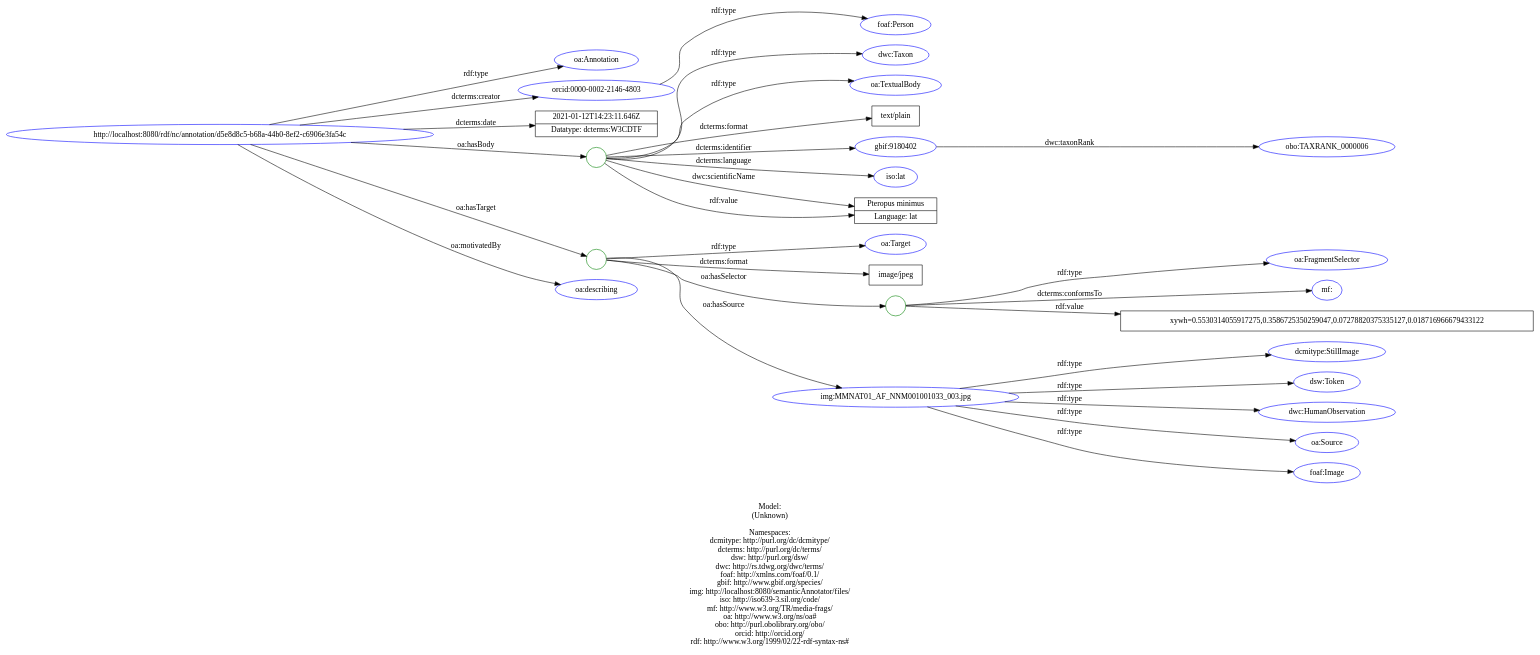
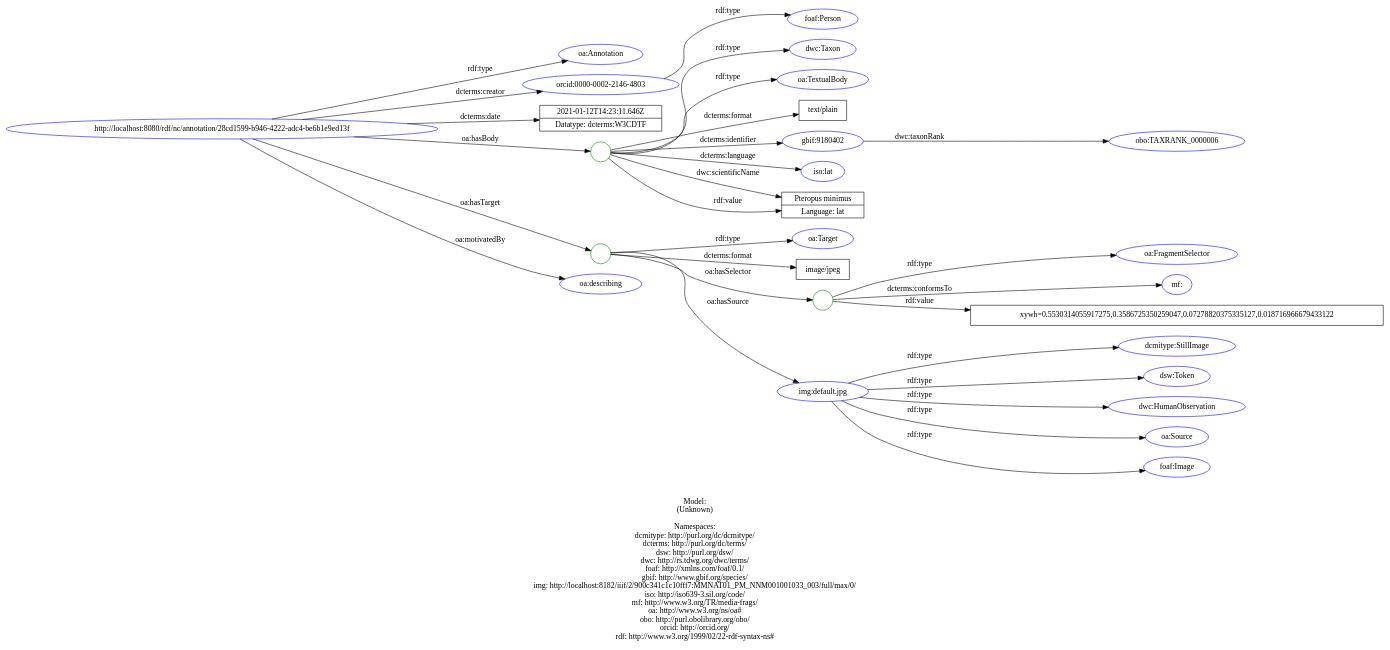
One commit to lisestork/SFB-Annotator changed the diagram in doc/models/example_1_1.dot. Above: the diagram before and after it, drawn with Graphviz. The commit also changed 23 other files, not shown here.

Commit message:
Update RDF graphs & SVG plots.

```diff
--- a/doc/models/example_1_1.dot
+++ b/doc/models/example_1_1.dot
@@ -1,67 +1,67 @@
 digraph {
 	rankdir = LR;
 	charset="utf-8";
 
-	"Rhttp://localhost:8080/rdf/nc/annotation/d5e8d8c5-b68a-44b0-8ef2-c6906e3fa54c" -> "Roa:Annotation" [ label="rdf:type" ];
-	"Rhttp://localhost:8080/rdf/nc/annotation/d5e8d8c5-b68a-44b0-8ef2-c6906e3fa54c" -> "Rorcid:0000-0002-2146-4803" [ label="dcterms:creator" ];
-	"Rhttp://localhost:8080/rdf/nc/annotation/d5e8d8c5-b68a-44b0-8ef2-c6906e3fa54c" -> "L2021-01-12T14:23:11.646Z|Datatype: dcterms:W3CDTF" [ label="dcterms:date" ];
-	"Rhttp://localhost:8080/rdf/nc/annotation/d5e8d8c5-b68a-44b0-8ef2-c6906e3fa54c" -> "B_:node1f0go8rutx2" [ label="oa:hasBody" ];
-	"B_:node1f0go8rutx2" -> "Rdwc:Taxon" [ label="rdf:type" ];
-	"B_:node1f0go8rutx2" -> "Roa:TextualBody" [ label="rdf:type" ];
-	"B_:node1f0go8rutx2" -> "Ltext/plain" [ label="dcterms:format" ];
-	"B_:node1f0go8rutx2" -> "Rgbif:9180402" [ label="dcterms:identifier" ];
-	"B_:node1f0go8rutx2" -> "Riso:lat" [ label="dcterms:language" ];
-	"B_:node1f0go8rutx2" -> "LPteropus minimus|Language: lat" [ label="dwc:scientificName" ];
-	"B_:node1f0go8rutx2" -> "LPteropus minimus|Language: lat" [ label="rdf:value" ];
-	"Rhttp://localhost:8080/rdf/nc/annotation/d5e8d8c5-b68a-44b0-8ef2-c6906e3fa54c" -> "B_:node1f0go8rutx1" [ label="oa:hasTarget" ];
-	"B_:node1f0go8rutx1" -> "Roa:Target" [ label="rdf:type" ];
-	"B_:node1f0go8rutx1" -> "Limage/jpeg" [ label="dcterms:format" ];
-	"B_:node1f0go8rutx1" -> "B_:node1f0go8rutx4" [ label="oa:hasSelector" ];
-	"B_:node1f0go8rutx4" -> "Roa:FragmentSelector" [ label="rdf:type" ];
-	"B_:node1f0go8rutx4" -> "Rmf:" [ label="dcterms:conformsTo" ];
-	"B_:node1f0go8rutx4" -> "Lxywh=0.5530314055917275,0.3586725350259047,0.07278820375335127,0.018716966679433122" [ label="rdf:value" ];
-	"B_:node1f0go8rutx1" -> "Rimg:MMNAT01_AF_NNM001001033_003.jpg" [ label="oa:hasSource" ];
-	"Rhttp://localhost:8080/rdf/nc/annotation/d5e8d8c5-b68a-44b0-8ef2-c6906e3fa54c" -> "Roa:describing" [ label="oa:motivatedBy" ];
+	"Rhttp://localhost:8080/rdf/nc/annotation/28cd1599-b946-4222-adc4-be6b1e9ed13f" -> "Roa:Annotation" [ label="rdf:type" ];
+	"Rhttp://localhost:8080/rdf/nc/annotation/28cd1599-b946-4222-adc4-be6b1e9ed13f" -> "Rorcid:0000-0002-2146-4803" [ label="dcterms:creator" ];
+	"Rhttp://localhost:8080/rdf/nc/annotation/28cd1599-b946-4222-adc4-be6b1e9ed13f" -> "L2021-01-12T14:23:11.646Z|Datatype: dcterms:W3CDTF" [ label="dcterms:date" ];
+	"Rhttp://localhost:8080/rdf/nc/annotation/28cd1599-b946-4222-adc4-be6b1e9ed13f" -> "B_:node1f0gq2gelx45" [ label="oa:hasBody" ];
+	"B_:node1f0gq2gelx45" -> "Rdwc:Taxon" [ label="rdf:type" ];
+	"B_:node1f0gq2gelx45" -> "Roa:TextualBody" [ label="rdf:type" ];
+	"B_:node1f0gq2gelx45" -> "Ltext/plain" [ label="dcterms:format" ];
+	"B_:node1f0gq2gelx45" -> "Rgbif:9180402" [ label="dcterms:identifier" ];
+	"B_:node1f0gq2gelx45" -> "Riso:lat" [ label="dcterms:language" ];
+	"B_:node1f0gq2gelx45" -> "LPteropus minimus|Language: lat" [ label="dwc:scientificName" ];
+	"B_:node1f0gq2gelx45" -> "LPteropus minimus|Language: lat" [ label="rdf:value" ];
+	"Rhttp://localhost:8080/rdf/nc/annotation/28cd1599-b946-4222-adc4-be6b1e9ed13f" -> "B_:node1f0gq2gelx44" [ label="oa:hasTarget" ];
+	"B_:node1f0gq2gelx44" -> "Roa:Target" [ label="rdf:type" ];
+	"B_:node1f0gq2gelx44" -> "Limage/jpeg" [ label="dcterms:format" ];
+	"B_:node1f0gq2gelx44" -> "B_:node1f0gq2gelx47" [ label="oa:hasSelector" ];
+	"B_:node1f0gq2gelx47" -> "Roa:FragmentSelector" [ label="rdf:type" ];
+	"B_:node1f0gq2gelx47" -> "Rmf:" [ label="dcterms:conformsTo" ];
+	"B_:node1f0gq2gelx47" -> "Lxywh=0.5530314055917275,0.3586725350259047,0.07278820375335127,0.018716966679433122" [ label="rdf:value" ];
+	"B_:node1f0gq2gelx44" -> "Rimg:default.jpg" [ label="oa:hasSource" ];
+	"Rhttp://localhost:8080/rdf/nc/annotation/28cd1599-b946-4222-adc4-be6b1e9ed13f" -> "Roa:describing" [ label="oa:motivatedBy" ];
 	"Rorcid:0000-0002-2146-4803" -> "Rfoaf:Person" [ label="rdf:type" ];
-	"Rimg:MMNAT01_AF_NNM001001033_003.jpg" -> "Rdcmitype:StillImage" [ label="rdf:type" ];
-	"Rimg:MMNAT01_AF_NNM001001033_003.jpg" -> "Rdsw:Token" [ label="rdf:type" ];
-	"Rimg:MMNAT01_AF_NNM001001033_003.jpg" -> "Rdwc:HumanObservation" [ label="rdf:type" ];
-	"Rimg:MMNAT01_AF_NNM001001033_003.jpg" -> "Roa:Source" [ label="rdf:type" ];
-	"Rimg:MMNAT01_AF_NNM001001033_003.jpg" -> "Rfoaf:Image" [ label="rdf:type" ];
+	"Rimg:default.jpg" -> "Rdcmitype:StillImage" [ label="rdf:type" ];
+	"Rimg:default.jpg" -> "Rdsw:Token" [ label="rdf:type" ];
+	"Rimg:default.jpg" -> "Rdwc:HumanObservation" [ label="rdf:type" ];
+	"Rimg:default.jpg" -> "Roa:Source" [ label="rdf:type" ];
+	"Rimg:default.jpg" -> "Rfoaf:Image" [ label="rdf:type" ];
 	"Rgbif:9180402" -> "Robo:TAXRANK_0000006" [ label="dwc:taxonRank" ];
 
 	// Resources
-	"Rhttp://localhost:8080/rdf/nc/annotation/d5e8d8c5-b68a-44b0-8ef2-c6906e3fa54c" [ label="http://localhost:8080/rdf/nc/annotation/d5e8d8c5-b68a-44b0-8ef2-c6906e3fa54c", shape = ellipse, color = blue ];
+	"Rhttp://localhost:8080/rdf/nc/annotation/28cd1599-b946-4222-adc4-be6b1e9ed13f" [ label="http://localhost:8080/rdf/nc/annotation/28cd1599-b946-4222-adc4-be6b1e9ed13f", shape = ellipse, color = blue ];
 	"Roa:Annotation" [ label="oa:Annotation", shape = ellipse, color = blue ];
 	"Rorcid:0000-0002-2146-4803" [ label="orcid:0000-0002-2146-4803", shape = ellipse, color = blue ];
 	"Rdwc:Taxon" [ label="dwc:Taxon", shape = ellipse, color = blue ];
 	"Roa:TextualBody" [ label="oa:TextualBody", shape = ellipse, color = blue ];
 	"Rgbif:9180402" [ label="gbif:9180402", shape = ellipse, color = blue ];
 	"Riso:lat" [ label="iso:lat", shape = ellipse, color = blue ];
 	"Roa:Target" [ label="oa:Target", shape = ellipse, color = blue ];
 	"Roa:FragmentSelector" [ label="oa:FragmentSelector", shape = ellipse, color = blue ];
 	"Rmf:" [ label="mf:", shape = ellipse, color = blue ];
-	"Rimg:MMNAT01_AF_NNM001001033_003.jpg" [ label="img:MMNAT01_AF_NNM001001033_003.jpg", shape = ellipse, color = blue ];
+	"Rimg:default.jpg" [ label="img:default.jpg", shape = ellipse, color = blue ];
 	"Roa:describing" [ label="oa:describing", shape = ellipse, color = blue ];
 	"Rfoaf:Person" [ label="foaf:Person", shape = ellipse, color = blue ];
 	"Rdcmitype:StillImage" [ label="dcmitype:StillImage", shape = ellipse, color = blue ];
 	"Rdsw:Token" [ label="dsw:Token", shape = ellipse, color = blue ];
 	"Rdwc:HumanObservation" [ label="dwc:HumanObservation", shape = ellipse, color = blue ];
 	"Roa:Source" [ label="oa:Source", shape = ellipse, color = blue ];
 	"Rfoaf:Image" [ label="foaf:Image", shape = ellipse, color = blue ];
 	"Robo:TAXRANK_0000006" [ label="obo:TAXRANK_0000006", shape = ellipse, color = blue ];
 
 	// Anonymous nodes
-	"B_:node1f0go8rutx2" [ label="", shape = circle, color = green ];
-	"B_:node1f0go8rutx1" [ label="", shape = circle, color = green ];
-	"B_:node1f0go8rutx4" [ label="", shape = circle, color = green ];
+	"B_:node1f0gq2gelx45" [ label="", shape = circle, color = green ];
+	"B_:node1f0gq2gelx44" [ label="", shape = circle, color = green ];
+	"B_:node1f0gq2gelx47" [ label="", shape = circle, color = green ];
 
 	// Literals
 	"L2021-01-12T14:23:11.646Z|Datatype: dcterms:W3CDTF" [ label="2021-01-12T14:23:11.646Z|Datatype: dcterms:W3CDTF", shape = record ];
 	"Ltext/plain" [ label="text/plain", shape = record ];
 	"LPteropus minimus|Language: lat" [ label="Pteropus minimus|Language: lat", shape = record ];
 	"Limage/jpeg" [ label="image/jpeg", shape = record ];
 	"Lxywh=0.5530314055917275,0.3586725350259047,0.07278820375335127,0.018716966679433122" [ label="xywh=0.5530314055917275,0.3586725350259047,0.07278820375335127,0.018716966679433122", shape = record ];
 
-	label="\n\nModel:\n(Unknown)\n\nNamespaces:\ndcmitype: http://purl.org/dc/dcmitype/\ndcterms: http://purl.org/dc/terms/\ndsw: http://purl.org/dsw/\ndwc: http://rs.tdwg.org/dwc/terms/\nfoaf: http://xmlns.com/foaf/0.1/\ngbif: http://www.gbif.org/species/\nimg: http://localhost:8080/semanticAnnotator/files/\niso: http://iso639-3.sil.org/code/\nmf: http://www.w3.org/TR/media-frags/\noa: http://www.w3.org/ns/oa#\nobo: http://purl.obolibrary.org/obo/\norcid: http://orcid.org/\nrdf: http://www.w3.org/1999/02/22-rdf-syntax-ns#\n";
+	label="\n\nModel:\n(Unknown)\n\nNamespaces:\ndcmitype: http://purl.org/dc/dcmitype/\ndcterms: http://purl.org/dc/terms/\ndsw: http://purl.org/dsw/\ndwc: http://rs.tdwg.org/dwc/terms/\nfoaf: http://xmlns.com/foaf/0.1/\ngbif: http://www.gbif.org/species/\nimg: http://localhost:8182/iiif/2/900c341c1c10fff7:MMNAT01_PM_NNM001001033_003/full/max/0/\niso: http://iso639-3.sil.org/code/\nmf: http://www.w3.org/TR/media-frags/\noa: http://www.w3.org/ns/oa#\nobo: http://purl.obolibrary.org/obo/\norcid: http://orcid.org/\nrdf: http://www.w3.org/1999/02/22-rdf-syntax-ns#\n";
 }
```
